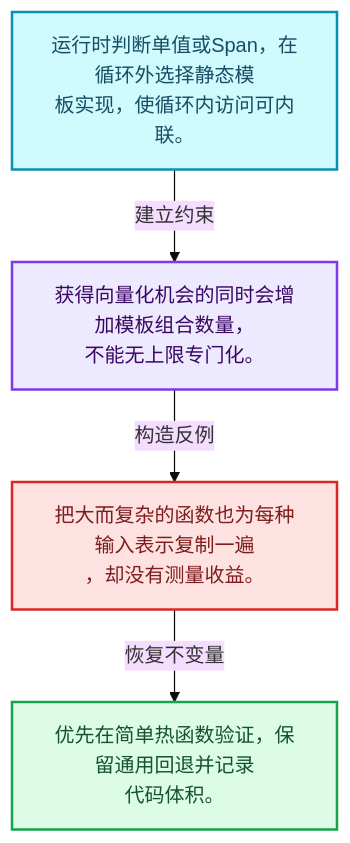
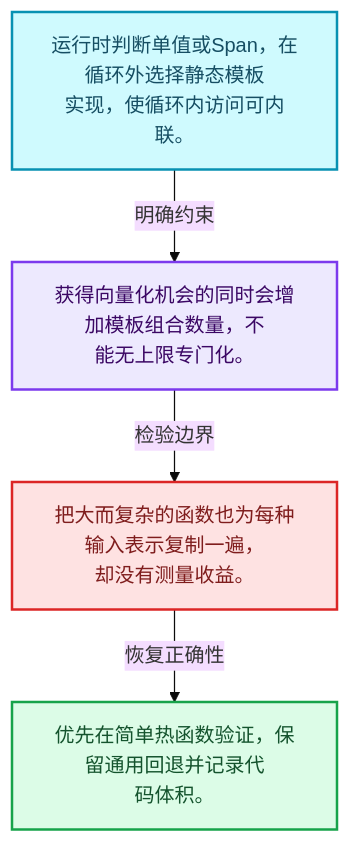
The first of 4 diagrams in 杂/markdown/全面学习-codex/04-虚拟数组与索引选择/07-去虚拟化与优化.md (yunkezengren/blender-.vscode), drawn with Mermaid (base theme) before and after one commit. The commit also changed other lines of this file and 1930 other files, not shown here.

````diff
--- a/杂/markdown/全面学习-codex/04-虚拟数组与索引选择/07-去虚拟化与优化.md
+++ b/杂/markdown/全面学习-codex/04-虚拟数组与索引选择/07-去虚拟化与优化.md
@@ -29,16 +29,16 @@
 ```mermaid
 flowchart TB
-  M["运行时判断单值或Span，在循环外选择静态模<br/>板实现，使循环内访问可内联。"]:::data
-  T["获得向量化机会的同时会增加模板组合数量，<br/>不能无上限专门化。"]:::abstraction
-  X["把大而复杂的函数也为每种输入表示复制一遍<br/>，却没有测量收益。"]:::error
-  A["优先在简单热函数验证，保留通用回退并记录<br/>代码体积。"]:::result
-  M -->|"建立约束"| T
-  T -->|"构造反例"| X
-  X -->|"恢复不变量"| A
+  M["运行时判断单值或Span，在循环外选择静态模板<br/>实现，使循环内访问可内联。"]:::data
+  C["获得向量化机会的同时会增加模板组合数量，不<br/>能无上限专门化。"]:::abstraction
+  B["把大而复杂的函数也为每种输入表示复制一遍，<br/>却没有测量收益。"]:::error
+  R["优先在简单热函数验证，保留通用回退并记录代<br/>码体积。"]:::result
+  M -->|"明确约束"| C
+  C -->|"检验边界"| B
+  B -->|"恢复正确性"| R
   classDef input fill:#DBEAFE,stroke:#2563EB,color:#172554,stroke-width:2px;
   classDef data fill:#CFFAFE,stroke:#0891B2,color:#164E63,stroke-width:2px;
   classDef abstraction fill:#EDE9FE,stroke:#7C3AED,color:#3B0764,stroke-width:2px;
   classDef compute fill:#FEF3C7,stroke:#D97706,color:#78350F,stroke-width:2px;
   classDef result fill:#DCFCE7,stroke:#16A34A,color:#14532D,stroke-width:2px;
   classDef error fill:#FEE2E2,stroke:#DC2626,color:#7F1D1D,stroke-width:2px;
 ```
````
